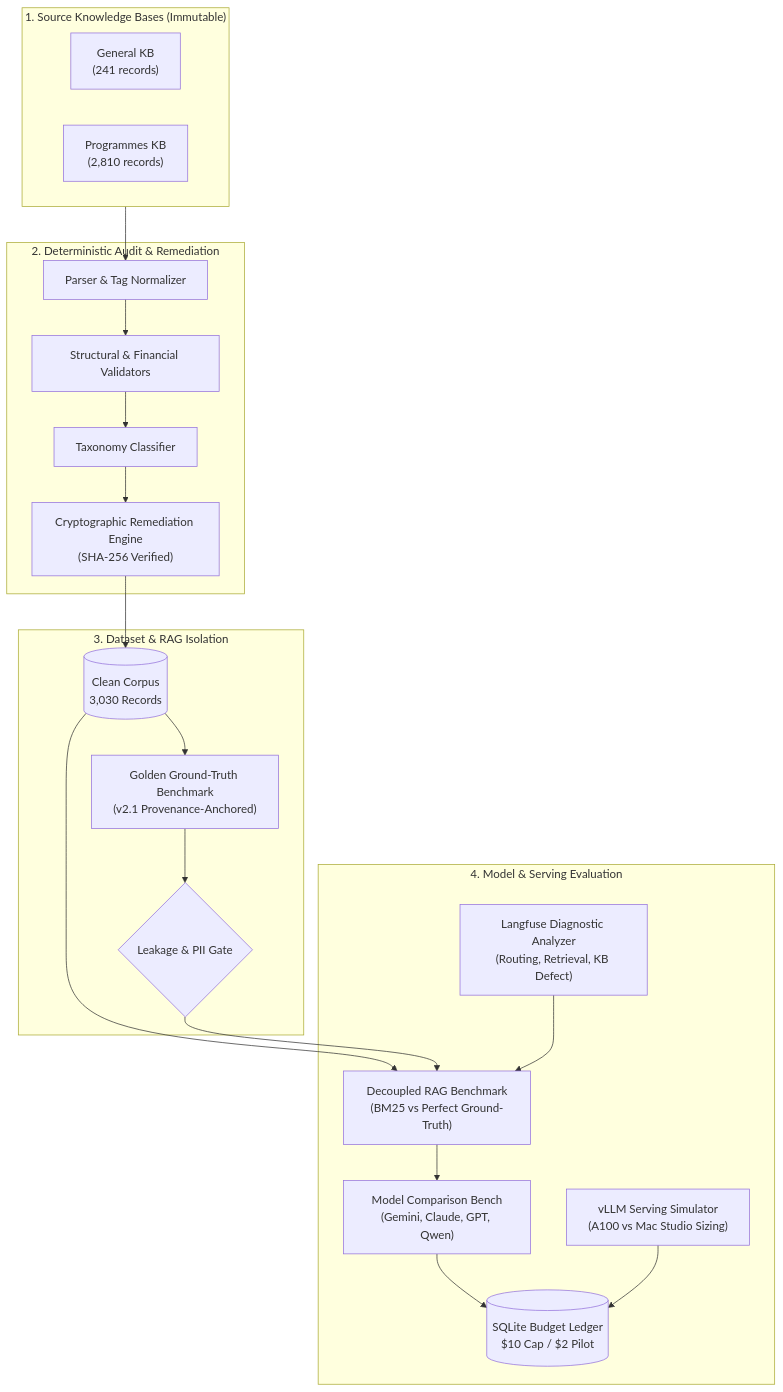
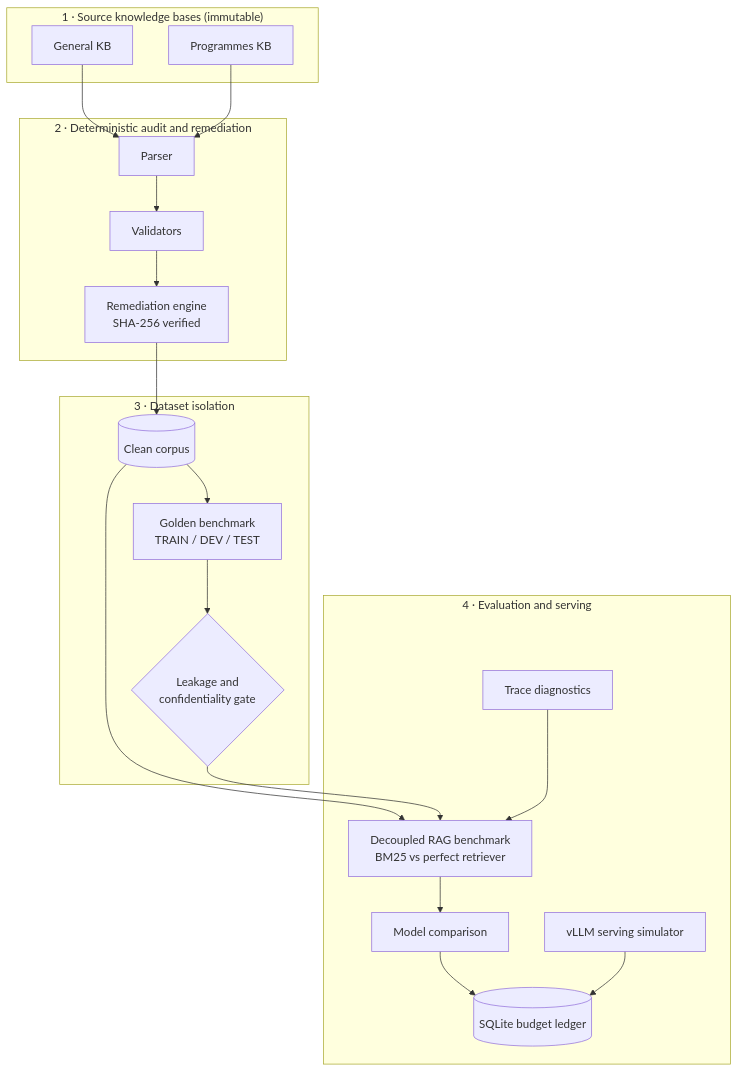
The diagram in README.md (Sudharsanselvaraj/Model-Systems-Workbench), drawn with Mermaid before and after one commit. The commit also changed other lines of this file, not shown here.

````diff
--- a/README.md
+++ b/README.md
@@ -198,35 +128,33 @@
 ```mermaid
 flowchart TD
-    subgraph KB["1. Source Knowledge Bases (Immutable)"]
-        G_KB["General KB<br/>(241 records)"]
-        P_KB["Programmes KB<br/>(2,810 records)"]
+    subgraph KB["1 · Source knowledge bases (immutable)"]
+        G["General KB"]
+        P["Programmes KB"]
     end
 
-    subgraph Audit["2. Deterministic Audit & Remediation"]
-        Parser["Parser & Tag Normalizer"]
-        Validator["Structural & Financial Validators"]
-        Classifier["Taxonomy Classifier"]
-        Remediator["Cryptographic Remediation Engine<br/>(SHA-256 Verified)"]
+    subgraph Audit["2 · Deterministic audit and remediation"]
+        Parse["Parser"] --> Validate["Validators"] --> Fix["Remediation engine<br/>SHA-256 verified"]
     end
 
-    subgraph Datasets["3. Dataset & RAG Isolation"]
-        CleanCorpus[("Clean Corpus<br/>3,030 Records")]
-        GoldenDS["Golden Ground-Truth Benchmark<br/>(v2.1 Provenance-Anchored)"]
-        LeakageGate{"Leakage & PII Gate"}
+    subgraph Data["3 · Dataset isolation"]
+        Clean[("Clean corpus")]
+        Golden["Golden benchmark<br/>TRAIN / DEV / TEST"]
+        Gate{"Leakage and<br/>confidentiality gate"}
     end
 
-    subgraph Eval["4. Model & Serving Evaluation"]
-        RAGBench["Decoupled RAG Benchmark<br/>(BM25 vs Perfect Ground-Truth)"]
-        Models["Model Comparison Bench<br/>(Gemini, Claude, GPT, Qwen)"]
-        TraceDiag["Langfuse Diagnostic Analyzer<br/>(Routing, Retrieval, KB Defect)"]
-        vLLMSim["vLLM Serving Simulator<br/>(A100 vs Mac Studio Sizing)"]
-        BudgetLedger[("SQLite Budget Ledger<br/>$10 Cap / $2 Pilot")]
+    subgraph Eval["4 · Evaluation and serving"]
+        RAG["Decoupled RAG benchmark<br/>BM25 vs perfect retriever"]
+        Models["Model comparison"]
+        Traces["Trace diagnostics"]
+        Serve["vLLM serving simulator"]
+        Ledger[("SQLite budget ledger")]
     end
 
-    KB --> Parser --> Validator --> Classifier --> Remediator
-    Remediator --> CleanCorpus --> RAGBench
-    CleanCorpus --> GoldenDS --> LeakageGate --> RAGBench
-    RAGBench --> Models --> BudgetLedger
-    TraceDiag --> RAGBench
-    vLLMSim --> BudgetLedger
+    G --> Parse
+    P --> Parse
+    Fix --> Clean --> RAG
+    Clean --> Golden --> Gate --> RAG
+    RAG --> Models --> Ledger
+    Traces --> RAG
+    Serve --> Ledger
 ```
````
